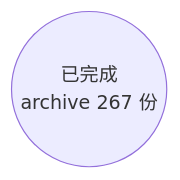
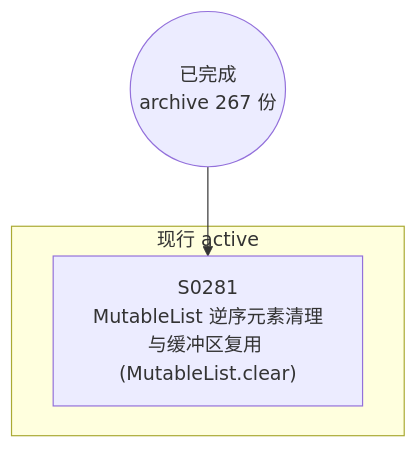
The diagram in docs/specs/dependency-graph.md (Halckon/Koven), drawn with Mermaid before and after one commit. The commit also changed other lines of this file and 6 other files, not shown here.

Commit message:
docs(spec-0281): define MutableList.clear element cleanup contract (SPEC-0281)

````diff
--- a/docs/specs/dependency-graph.md
+++ b/docs/specs/dependency-graph.md
@@ -9,4 +9,8 @@
 ```mermaid
 flowchart TD
 ARCH(("已完成<br/>archive 267 份"))
+subgraph Gactive["现行 active"]
+  S0281["S0281<br/>MutableList 逆序元素清理与缓冲区复用 (MutableList.clear)"]
+end
+ARCH --> S0281
 ```
````
